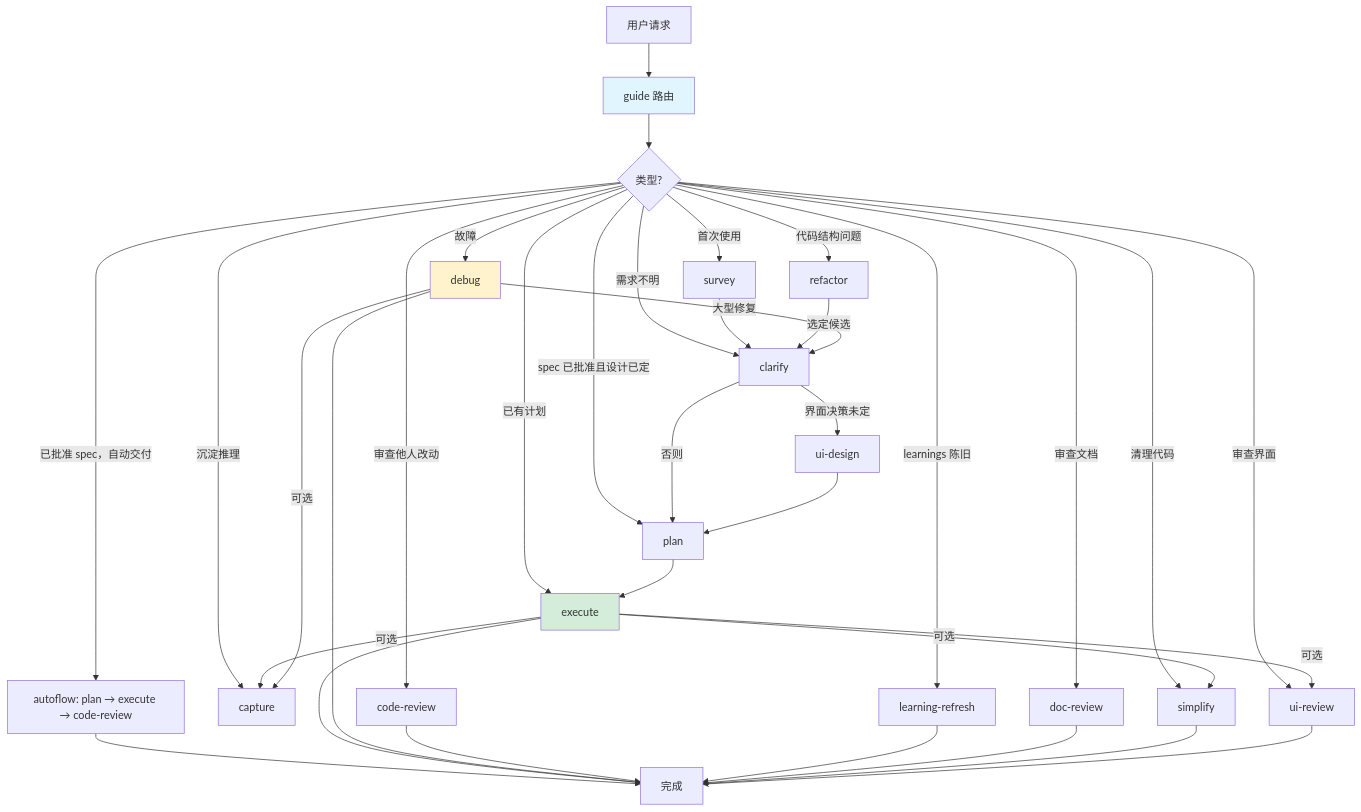
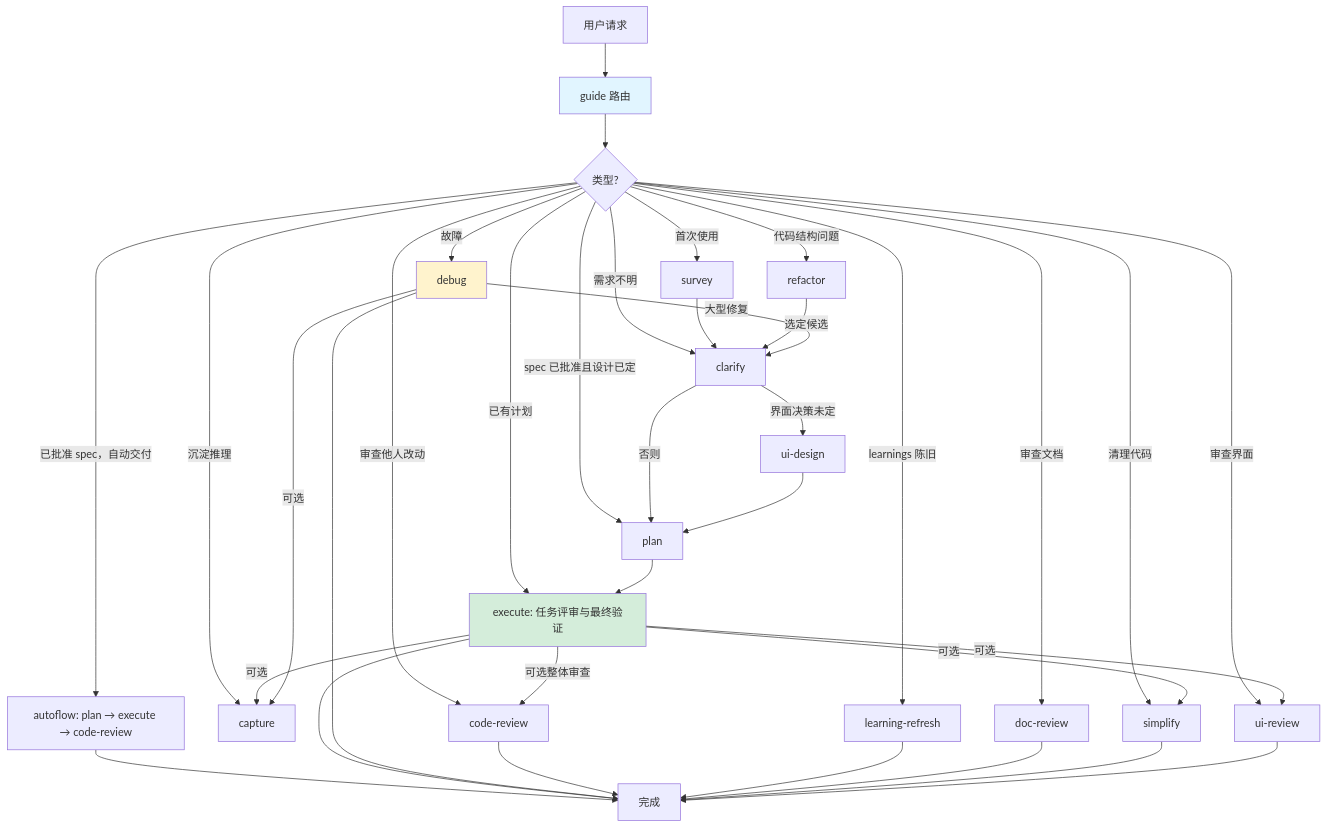
Before and after one commit to iron6909/coding-skills: the diagram in README.md, drawn with Mermaid. The commit also changed other lines of this file and 14 other files, not shown here.

````diff
--- a/README.md
+++ b/README.md
@@ -46,42 +46,43 @@
 ```mermaid
 graph TD
     A[用户请求] --> B[guide 路由]
     B --> C{类型?}
     C -->|首次使用| D[survey]
     C -->|需求不明| E[clarify]
     C -->|spec 已批准且设计已定| F[plan]
-    C -->|已有计划| G[execute]
+    C -->|已有计划| G[execute: 任务评审与最终验证]
     C -->|故障| H[debug]
     C -->|审查他人改动| I[code-review]
     C -->|代码结构问题| M[refactor]
     C -->|沉淀推理| N[capture]
     C -->|learnings 陈旧| O[learning-refresh]
     C -->|审查文档| P[doc-review]
     C -->|清理代码| Q[simplify]
     C -->|审查界面| S[ui-review]
     C -->|已批准 spec，自动交付| T[autoflow: plan → execute → code-review]
     T --> J
 
     D --> E
     E -->|界面决策未定| R[ui-design]
     E -->|否则| F
     R --> F
     F --> G
     G --> J[完成]
+    G -->|可选整体审查| I
     H --> J
     I --> J
     M -->|选定候选| E
     H -->|大型修复| E
     G -->|可选| N
     H -->|可选| N
     G -->|可选| Q
     G -->|可选| S
     O --> J
     P --> J
     Q --> J
     S --> J
 
     style B fill:#e1f5ff
     style G fill:#d4edda
     style H fill:#fff3cd
 ```
````
